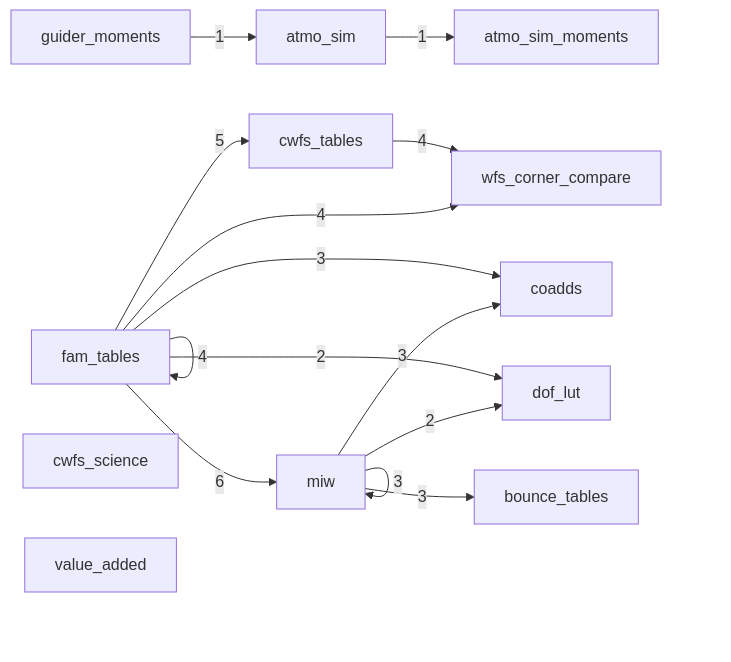
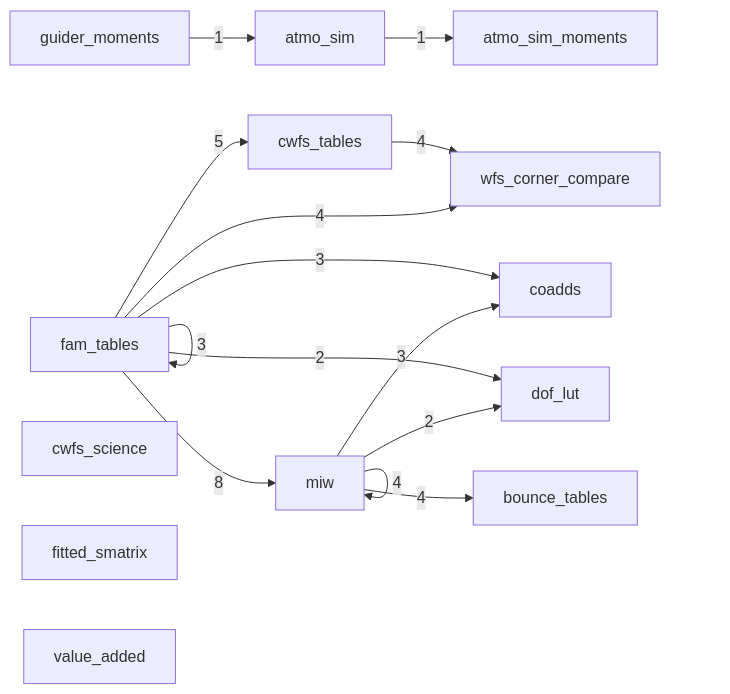
Before and after one commit to aaronroodman/rubin-work: the diagram in PRODUCT_MAP.md, drawn with Mermaid. The commit also changed other lines of this file and 13 other files, not shown here.

First line of the commit message:
fitted_smatrix product: Danish-fit Smatrix, three fit-set variants

````diff
--- a/PRODUCT_MAP.md
+++ b/PRODUCT_MAP.md
@@ -13,18 +13,19 @@
 ```mermaid
 flowchart LR
     atmo_sim -->|1| atmo_sim_moments
     cwfs_tables -->|4| wfs_corner_compare
     fam_tables -->|3| coadds
     fam_tables -->|5| cwfs_tables
     fam_tables -->|2| dof_lut
-    fam_tables -->|4| fam_tables
-    fam_tables -->|6| miw
+    fam_tables -->|3| fam_tables
+    fam_tables -->|8| miw
     fam_tables -->|4| wfs_corner_compare
     guider_moments -->|1| atmo_sim
-    miw -->|3| bounce_tables
+    miw -->|4| bounce_tables
     miw -->|3| coadds
     miw -->|2| dof_lut
-    miw -->|3| miw
+    miw -->|4| miw
     cwfs_science
+    fitted_smatrix
     value_added
 ```
````
